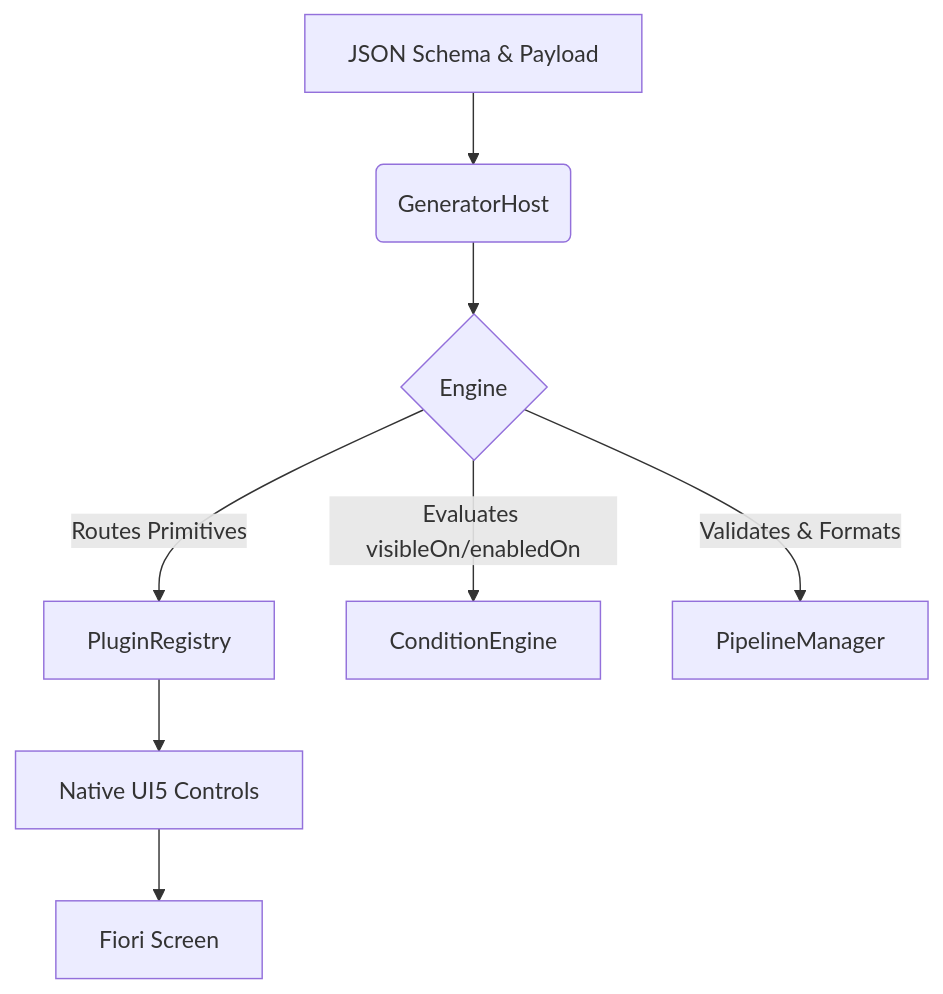
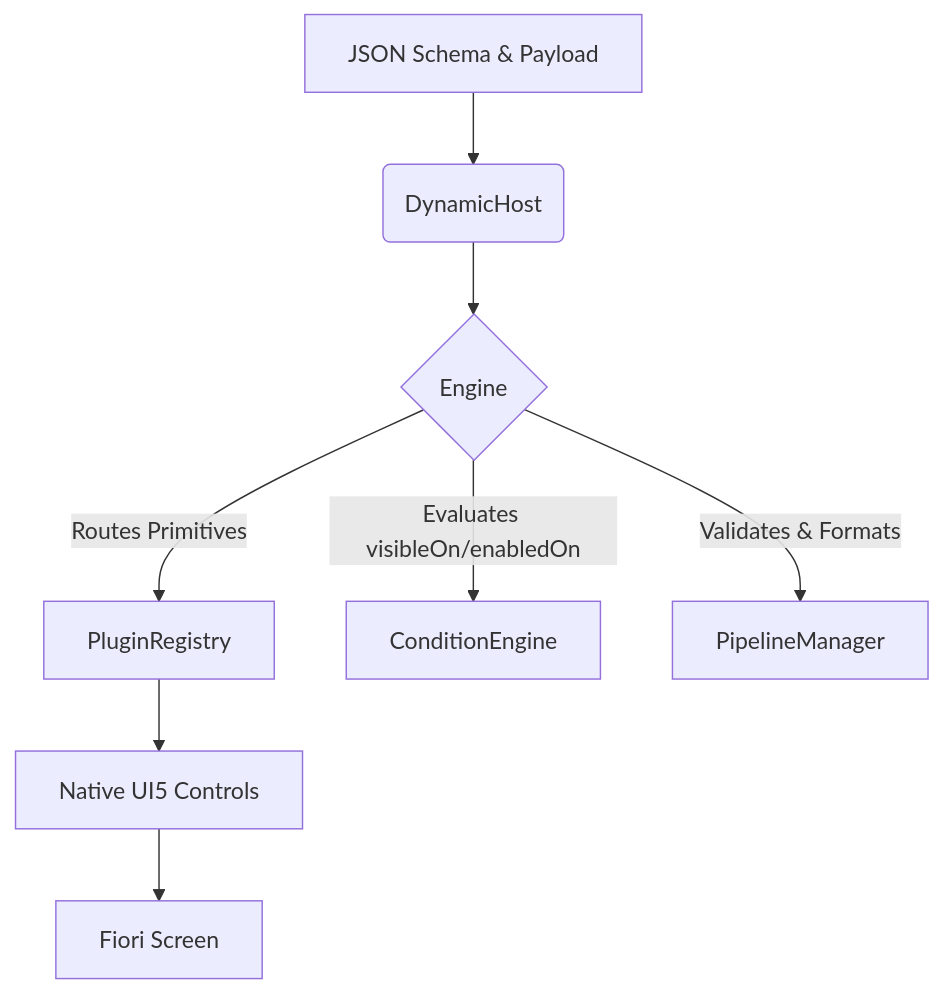
The diagram in docs/wiki/01_getting_started.md (SiliconStreetDev1/MetaUI), drawn with Mermaid before and after one commit. The commit also changed other lines of this file and 141 other files, not shown here.

````diff
--- a/docs/wiki/01_getting_started.md
+++ b/docs/wiki/01_getting_started.md
@@ -15,10 +15,10 @@
 ```mermaid
 flowchart TD
-    A[JSON Schema & Payload] --> B(GeneratorHost)
+    A[JSON Schema & Payload] --> B(DynamicHost)
     B --> C{Engine}
     C -->|Routes Primitives| D[PluginRegistry]
     C -->|Evaluates visibleOn/enabledOn| E[ConditionEngine]
     C -->|Validates & Formats| F[PipelineManager]
     D --> G[Native UI5 Controls]
     G --> H[Fiori Screen]
 ```
````
